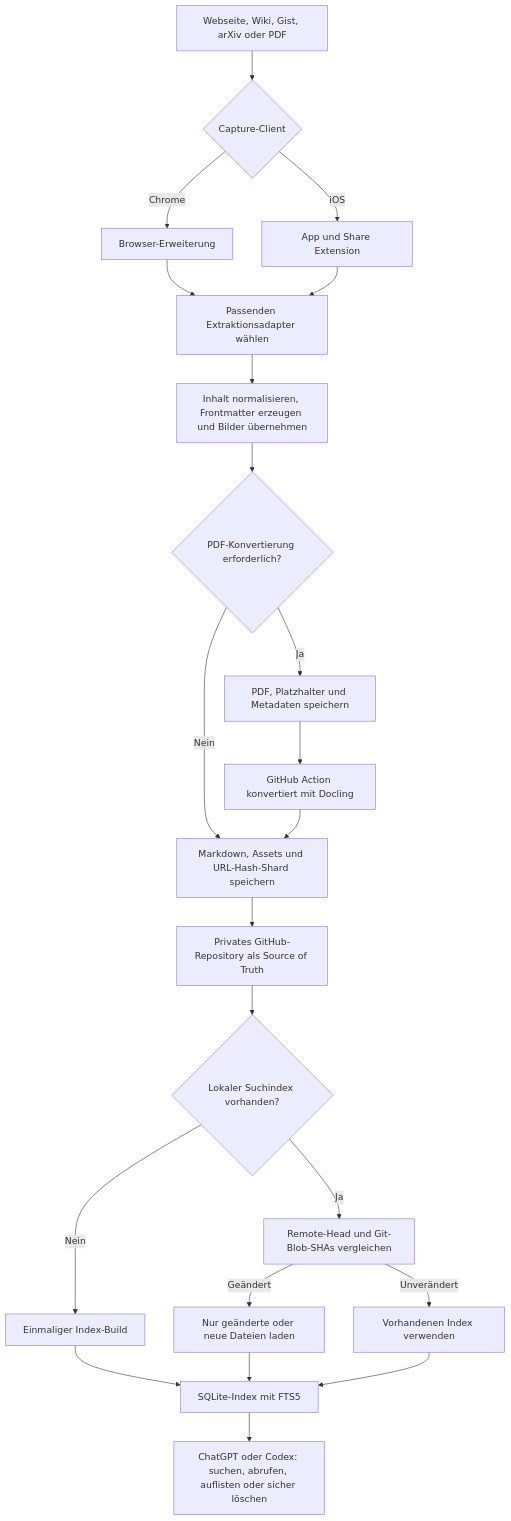
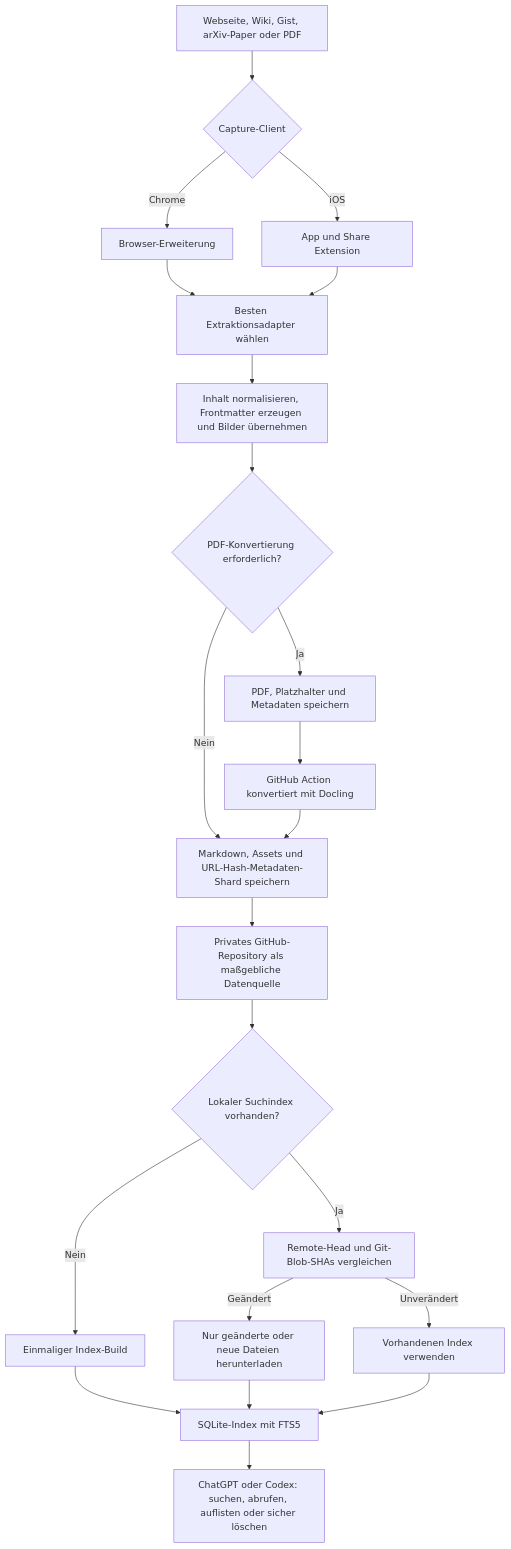
One commit to patrickschiller/sourcebraid changed the diagram in README.de.md. Above: the diagram before and after it, drawn with Mermaid. The commit also changed other lines of this file and 1 other file, not shown here.

````diff
--- a/README.de.md
+++ b/README.de.md
@@ -15,24 +32,24 @@
 ```mermaid
 flowchart TD
-    A["Webseite, Wiki, Gist, arXiv oder PDF"] --> B{"Capture-Client"}
+    A["Webseite, Wiki, Gist, arXiv-Paper oder PDF"] --> B{"Capture-Client"}
     B -->|Chrome| C["Browser-Erweiterung"]
     B -->|iOS| D["App und Share Extension"]
-    C --> E["Passenden Extraktionsadapter wählen"]
+    C --> E["Besten Extraktionsadapter wählen"]
     D --> E
     E --> F["Inhalt normalisieren, Frontmatter erzeugen und Bilder übernehmen"]
     F --> G{"PDF-Konvertierung erforderlich?"}
-    G -->|Nein| H["Markdown, Assets und URL-Hash-Shard speichern"]
+    G -->|Nein| H["Markdown, Assets und URL-Hash-Metadaten-Shard speichern"]
     G -->|Ja| I["PDF, Platzhalter und Metadaten speichern"]
     I --> J["GitHub Action konvertiert mit Docling"]
     J --> H
-    H --> K["Privates GitHub-Repository als Source of Truth"]
+    H --> K["Privates GitHub-Repository als maßgebliche Datenquelle"]
     K --> L{"Lokaler Suchindex vorhanden?"}
     L -->|Nein| M["Einmaliger Index-Build"]
     L -->|Ja| N["Remote-Head und Git-Blob-SHAs vergleichen"]
-    N -->|Geändert| O["Nur geänderte oder neue Dateien laden"]
+    N -->|Geändert| O["Nur geänderte oder neue Dateien herunterladen"]
     N -->|Unverändert| P["Vorhandenen Index verwenden"]
     M --> Q["SQLite-Index mit FTS5"]
     O --> Q
     P --> Q
     Q --> R["ChatGPT oder Codex: suchen, abrufen, auflisten oder sicher löschen"]
 ```
````
